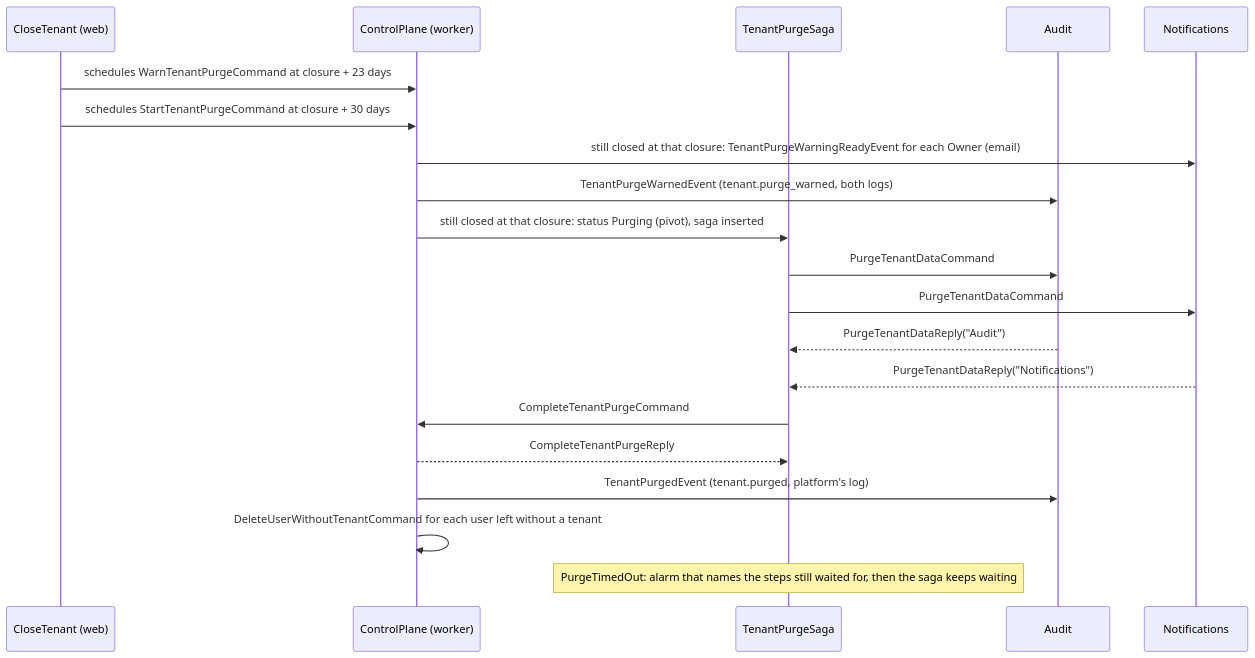
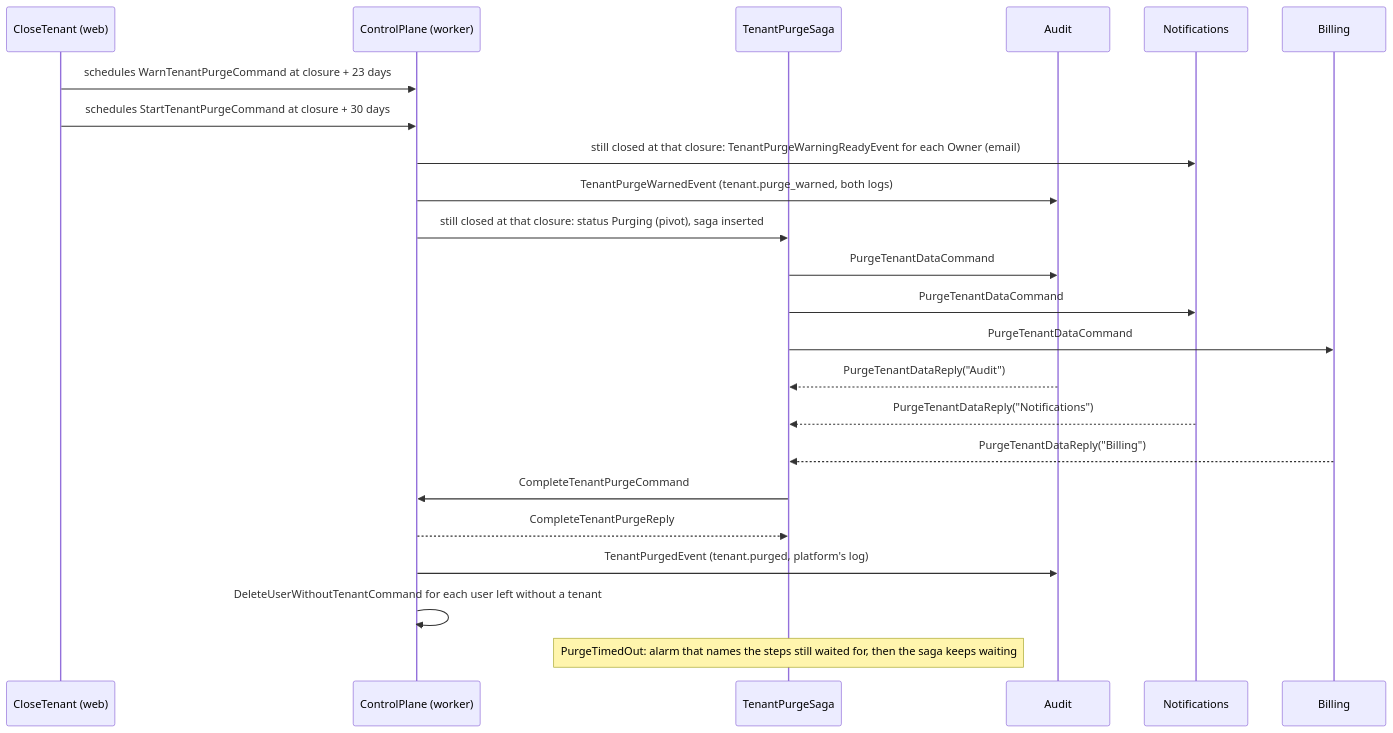
The diagram in apps/api/docs/flows/tenant-purge.md (sufyant/multi-tenant-saas-starter), drawn with Mermaid before and after one commit. The commit also changed other lines of this file and 72 other files, not shown here.

````diff
--- a/apps/api/docs/flows/tenant-purge.md
+++ b/apps/api/docs/flows/tenant-purge.md
@@ -7,22 +7,25 @@
 ```mermaid
 sequenceDiagram
   participant Close as CloseTenant (web)
   participant CP as ControlPlane (worker)
   participant Saga as TenantPurgeSaga
   participant Audit
   participant Notify as Notifications
+  participant Billing
   Close->>CP: schedules WarnTenantPurgeCommand at closure + 23 days
   Close->>CP: schedules StartTenantPurgeCommand at closure + 30 days
   CP->>Notify: still closed at that closure: TenantPurgeWarningReadyEvent for each Owner (email)
   CP->>Audit: TenantPurgeWarnedEvent (tenant.purge_warned, both logs)
   CP->>Saga: still closed at that closure: status Purging (pivot), saga inserted
   Saga->>Audit: PurgeTenantDataCommand
   Saga->>Notify: PurgeTenantDataCommand
+  Saga->>Billing: PurgeTenantDataCommand
   Audit-->>Saga: PurgeTenantDataReply("Audit")
   Notify-->>Saga: PurgeTenantDataReply("Notifications")
+  Billing-->>Saga: PurgeTenantDataReply("Billing")
   Saga->>CP: CompleteTenantPurgeCommand
   CP-->>Saga: CompleteTenantPurgeReply
   CP->>Audit: TenantPurgedEvent (tenant.purged, platform's log)
   CP->>CP: DeleteUserWithoutTenantCommand for each user left without a tenant
   Note over Saga: PurgeTimedOut: alarm that names the steps still waited for, then the saga keeps waiting
 ```
````
